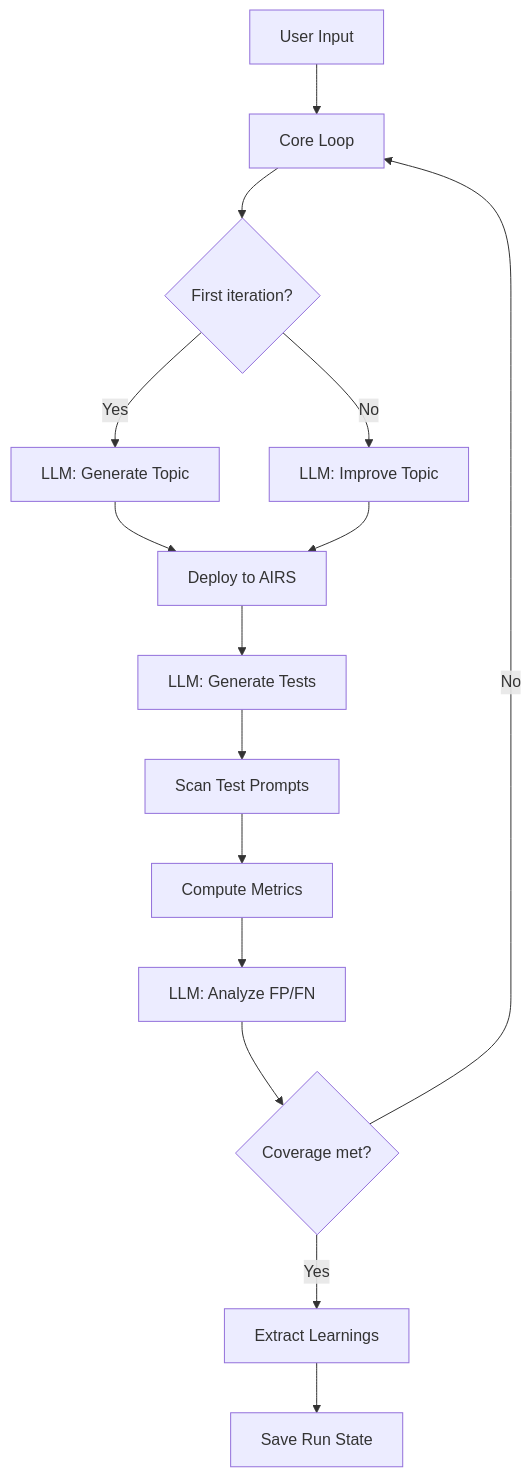
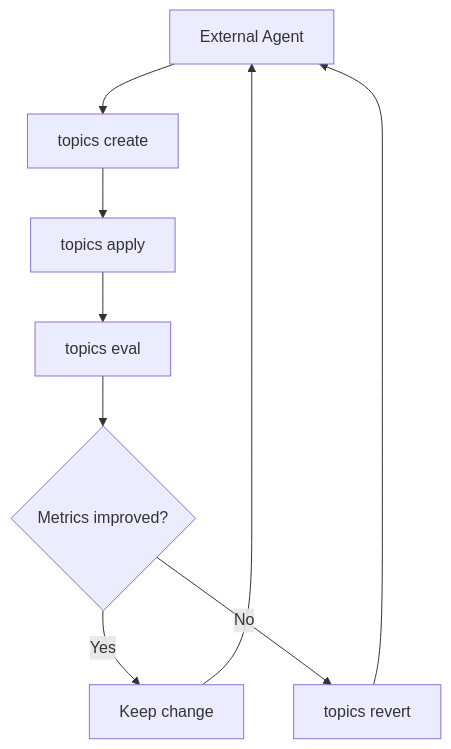
One commit to cdot65/prisma-airs-cli changed the second of 3 diagrams in docs/architecture/overview.md. Above: the diagram before and after it, drawn with Mermaid. The commit also changed other lines of this file and 87 other files, not shown here.

First line of the commit message:
feat: agent instruction ecosystem + intent-aware eval (#37)

````diff
--- a/docs/architecture/overview.md
+++ b/docs/architecture/overview.md
@@ -56,17 +53,11 @@
 ```mermaid
 graph TD
-    A[User Input] --> B[Core Loop]
-    B --> C{First iteration?}
-    C -->|Yes| D[LLM: Generate Topic]
-    C -->|No| E[LLM: Improve Topic]
-    D --> F[Deploy to AIRS]
-    E --> F
-    F --> H[LLM: Generate Tests]
-    H --> I[Scan Test Prompts]
-    I --> J[Compute Metrics]
-    J --> K[LLM: Analyze FP/FN]
-    K --> L{Coverage met?}
-    L -->|No| B
-    L -->|Yes| M[Extract Learnings]
-    M --> N[Save Run State]
+    A[External Agent] --> B[topics create]
+    B --> C[topics apply]
+    C --> D[topics eval]
+    D --> E{Metrics improved?}
+    E -->|Yes| F[Keep change]
+    E -->|No| G[topics revert]
+    F --> A
+    G --> A
 ```
````
